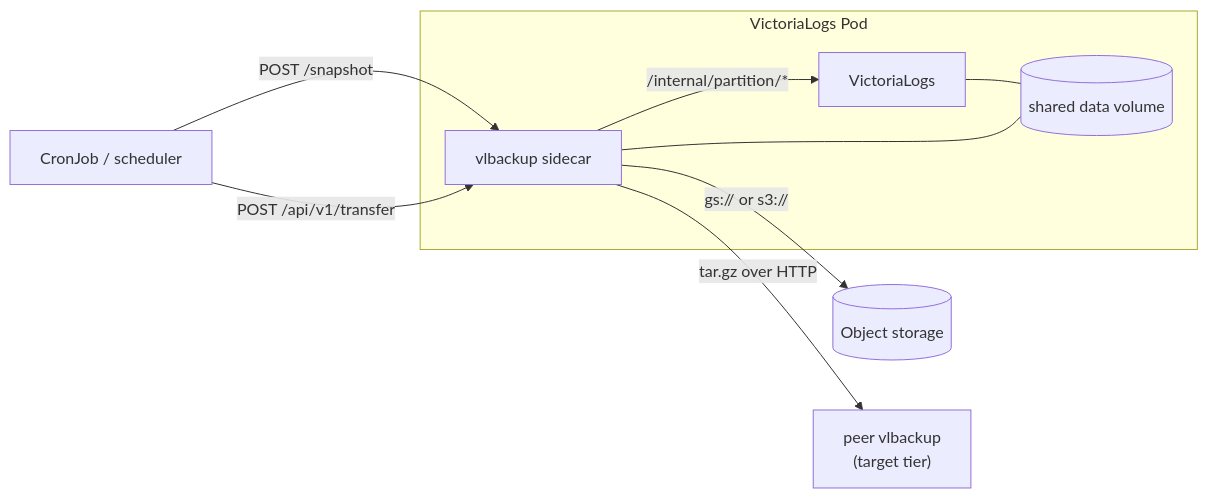
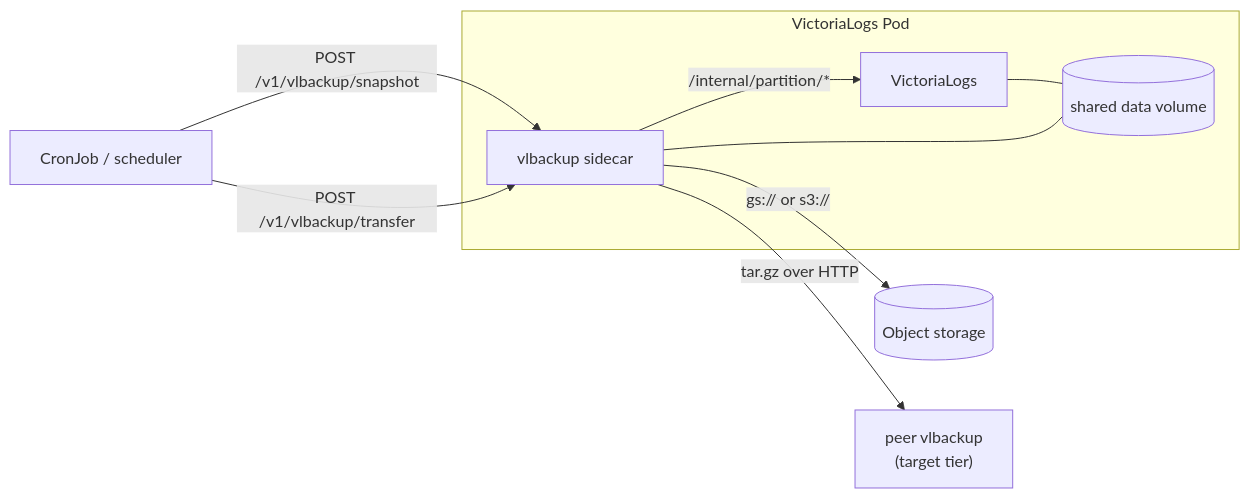
Before and after one commit to sbordeyne/vlbackup: the diagram in docs/index.md, drawn with Mermaid. The commit also changed other lines of this file and 15 other files, not shown here.

````diff
--- a/docs/index.md
+++ b/docs/index.md
@@ -22,17 +22,17 @@
 ```mermaid
 flowchart LR
     subgraph pod["VictoriaLogs Pod"]
         VL["VictoriaLogs"]
         VB["vlbackup sidecar"]
         VOL[("shared data volume")]
         VL --- VOL
         VB --- VOL
         VB -- "/internal/partition/*" --> VL
     end
 
-    CRON["CronJob / scheduler"] -- "POST /snapshot" --> VB
-    CRON -- "POST /api/v1/transfer" --> VB
+    CRON["CronJob / scheduler"] -- "POST /v1/vlbackup/snapshot" --> VB
+    CRON -- "POST /v1/vlbackup/transfer" --> VB
 
     VB -- "gs:// or s3://" --> OBJ[("Object storage")]
     VB -- "tar.gz over HTTP" --> PEER["peer vlbackup<br/>(target tier)"]
 ```
````
